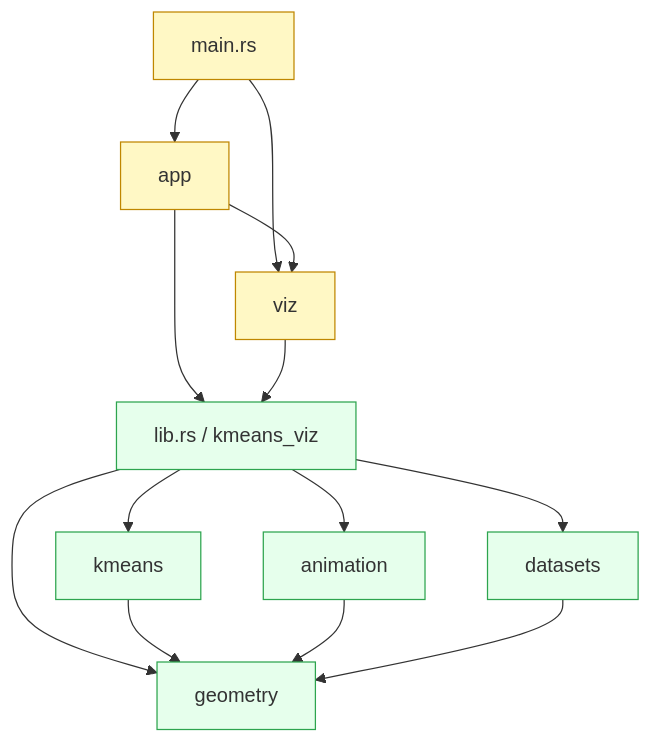
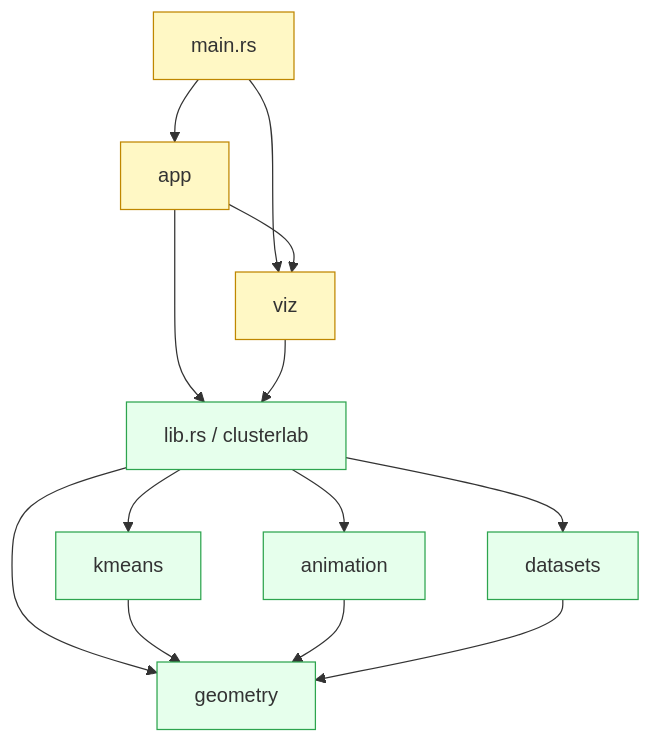
Before and after one commit to Loghic/clusterlab: the diagram in docs/module-graph.md, drawn with Mermaid. The commit also changed 22 other files, not shown here.

````diff
--- a/docs/module-graph.md
+++ b/docs/module-graph.md
@@ -3,20 +3,20 @@
 ```mermaid
 flowchart TD
     main[main.rs] --> app
     main --> viz
     app --> viz
-    app --> lib[lib.rs / kmeans_viz]
+    app --> lib[lib.rs / clusterlab]
     viz --> lib
     lib --> kmeans
     lib --> geometry
     lib --> animation
     lib --> datasets
     kmeans --> geometry
     animation --> geometry
     datasets --> geometry
 
     classDef pure fill:#e6ffec,stroke:#2da44e
     classDef render fill:#fff8c5,stroke:#bf8700
     class kmeans,geometry,animation,datasets,lib pure
     class viz,app,main render
 ```
````
